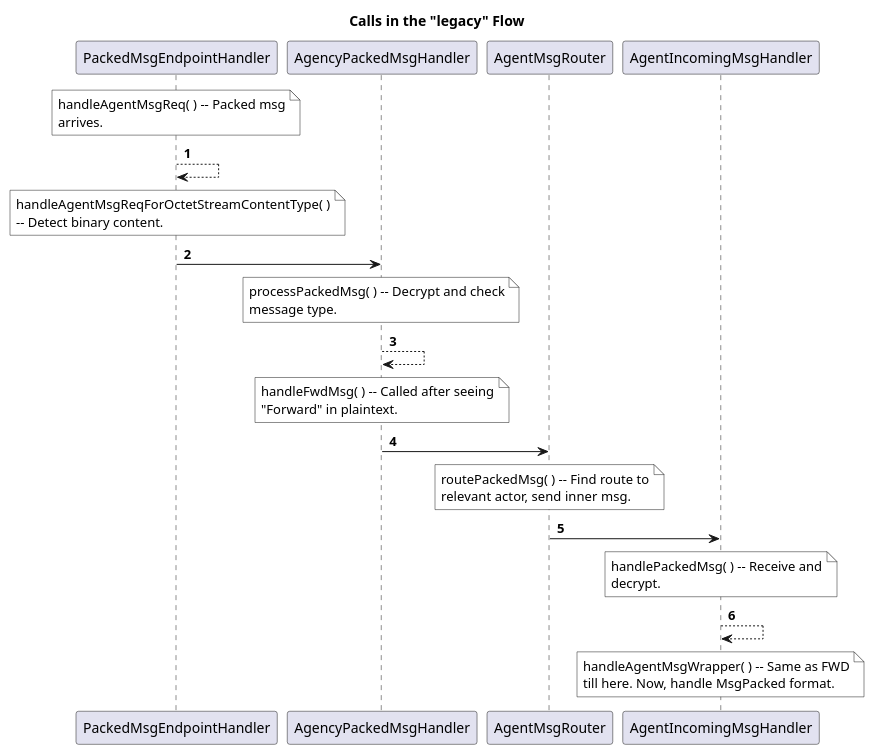
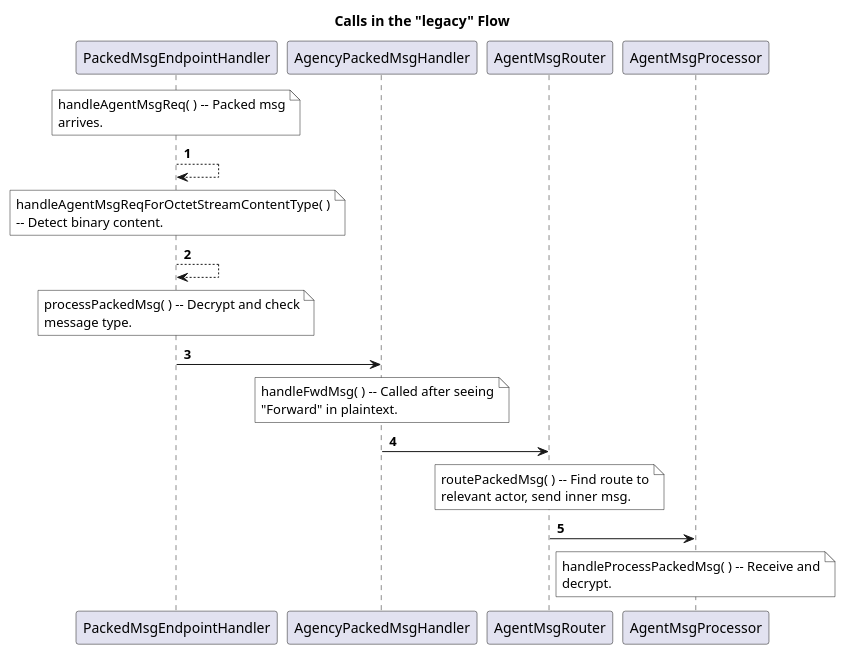
One commit to evernym/verity changed the diagram in doc/legacy_flow.puml. Above: the diagram before and after it, drawn with PlantUML. The commit also changed 63 other files, not shown here.

```diff
--- a/doc/legacy_flow.puml
+++ b/doc/legacy_flow.puml
@@ -1,20 +1,18 @@
 @startuml
 
 title Calls in the "legacy" Flow
 
 autonumber 1
 note over PackedMsgEndpointHandler #ffffff: handleAgentMsgReq( ) -- Packed msg\narrives.
 PackedMsgEndpointHandler --> PackedMsgEndpointHandler
 note over PackedMsgEndpointHandler #ffffff: handleAgentMsgReqForOctetStreamContentType( )\n-- Detect binary content.
+PackedMsgEndpointHandler --> PackedMsgEndpointHandler
+note over PackedMsgEndpointHandler #ffffff: processPackedMsg( ) -- Decrypt and check\nmessage type.
 PackedMsgEndpointHandler -> AgencyPackedMsgHandler
-note over AgencyPackedMsgHandler #ffffff: processPackedMsg( ) -- Decrypt and check\nmessage type.
-AgencyPackedMsgHandler --> AgencyPackedMsgHandler
 note over AgencyPackedMsgHandler #ffffff: handleFwdMsg( ) -- Called after seeing\n"Forward" in plaintext.
 AgencyPackedMsgHandler -> AgentMsgRouter
 note over AgentMsgRouter #ffffff: routePackedMsg( ) -- Find route to\nrelevant actor, send inner msg.
-AgentMsgRouter -> AgentIncomingMsgHandler
-note over AgentIncomingMsgHandler #ffffff: handlePackedMsg( ) -- Receive and\ndecrypt.
-AgentIncomingMsgHandler --> AgentIncomingMsgHandler
-note over AgentIncomingMsgHandler #ffffff: handleAgentMsgWrapper( ) -- Same as FWD\ntill here. Now, handle MsgPacked format.
+AgentMsgRouter -> AgentMsgProcessor
+note over AgentMsgProcessor #ffffff: handleProcessPackedMsg( ) -- Receive and\ndecrypt.
 
 @enduml
```
